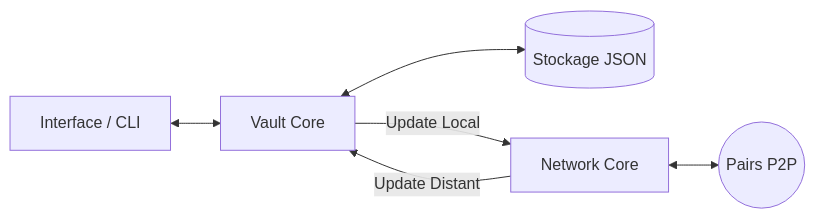
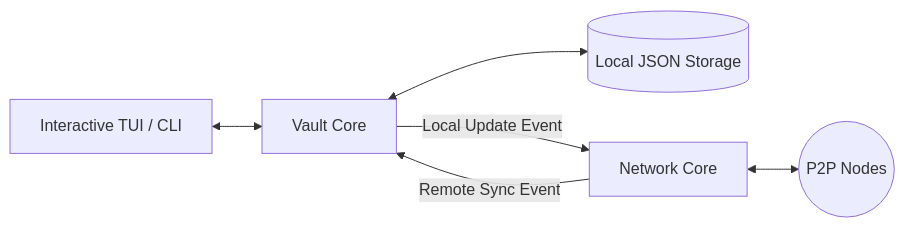
The diagram in README.md (Silysss/P2P-SafeGuard), drawn with Mermaid before and after one commit. The commit also changed other lines of this file and 7 other files, not shown here.

````diff
--- a/README.md
+++ b/README.md
@@ -13,8 +24,8 @@
 ```mermaid
 graph LR
-    UI[Interface / CLI] <--> Vault[Vault Core]
-    Vault <--> DB[(Stockage JSON)]
-    Vault -- "Update Local" --> Network[Network Core]
-    Network -- "Update Distant" --> Vault
-    Network <--> Peers((Pairs P2P))
+    UI[Interactive TUI / CLI] <--> Vault[Vault Core]
+    Vault <--> DB[(Local JSON Storage)]
+    Vault -- "Local Update Event" --> Network[Network Core]
+    Network -- "Remote Sync Event" --> Vault
+    Network <--> Peers((P2P Nodes))
 ```
````
